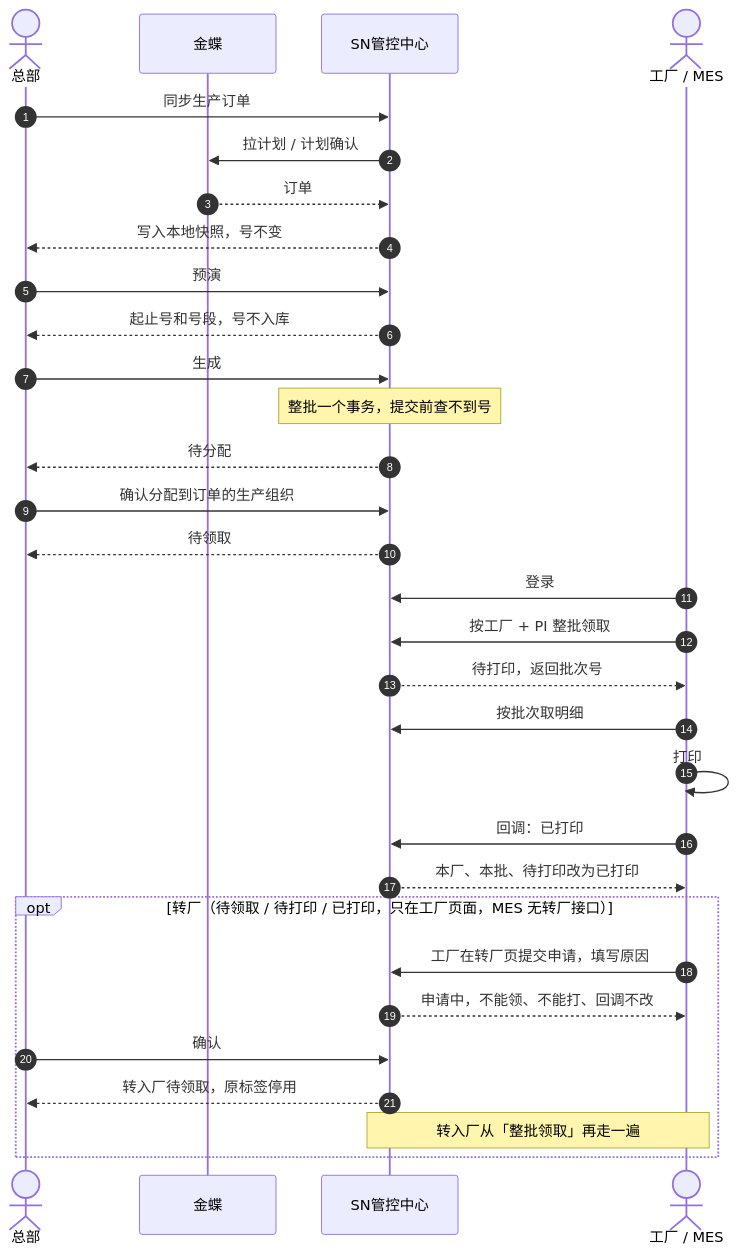
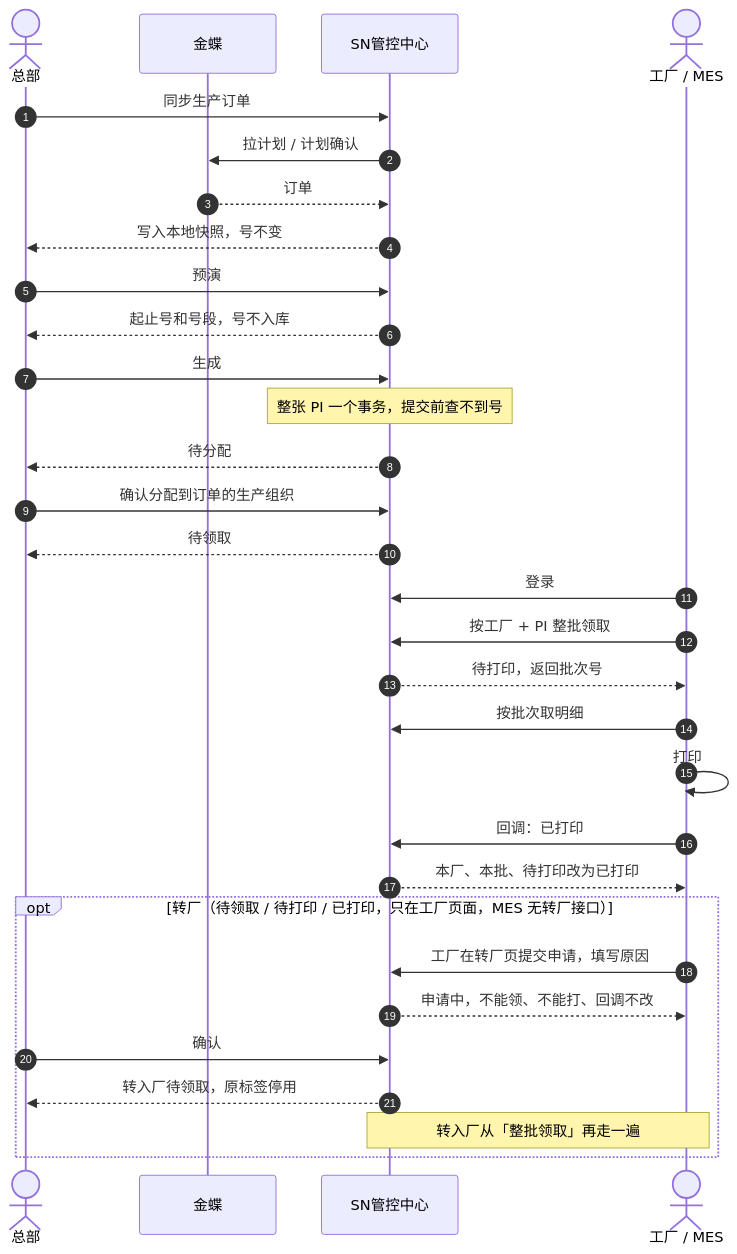
Before and after one commit to Createsnow/sn-center: the second of 2 diagrams in docs/关键节点说明.md, drawn with Mermaid. The commit also changed other lines of this file and 27 other files, not shown here.

First line of the commit message:
文档：逐份对照代码校对其余文档，重画过期的架构图

````diff
--- a/docs/关键节点说明.md
+++ b/docs/关键节点说明.md
@@ -54,39 +54,39 @@
 ```mermaid
 sequenceDiagram
     autonumber
     actor H as 总部
     participant K as 金蝶
     participant S as SN管控中心
     actor M as 工厂 / MES
 
     H->>S: 同步生产订单
     S->>K: 拉计划 / 计划确认
     K-->>S: 订单
     S-->>H: 写入本地快照，号不变
 
     H->>S: 预演
     S-->>H: 起止号和号段，号不入库
 
     H->>S: 生成
-    Note over S: 整批一个事务，提交前查不到号
+    Note over S: 整张 PI 一个事务，提交前查不到号
     S-->>H: 待分配
 
     H->>S: 确认分配到订单的生产组织
     S-->>H: 待领取
 
     M->>S: 登录
     M->>S: 按工厂 + PI 整批领取
     S-->>M: 待打印，返回批次号
     M->>S: 按批次取明细
     M->>M: 打印
     M->>S: 回调：已打印
     S-->>M: 本厂、本批、待打印改为已打印
 
     opt 转厂（待领取 / 待打印 / 已打印，只在工厂页面，MES 无转厂接口）
         M->>S: 工厂在转厂页提交申请，填写原因
         S-->>M: 申请中，不能领、不能打、回调不改
         H->>S: 确认
         S-->>H: 转入厂待领取，原标签停用
         Note over M,S: 转入厂从「整批领取」再走一遍
     end
 ```
````
